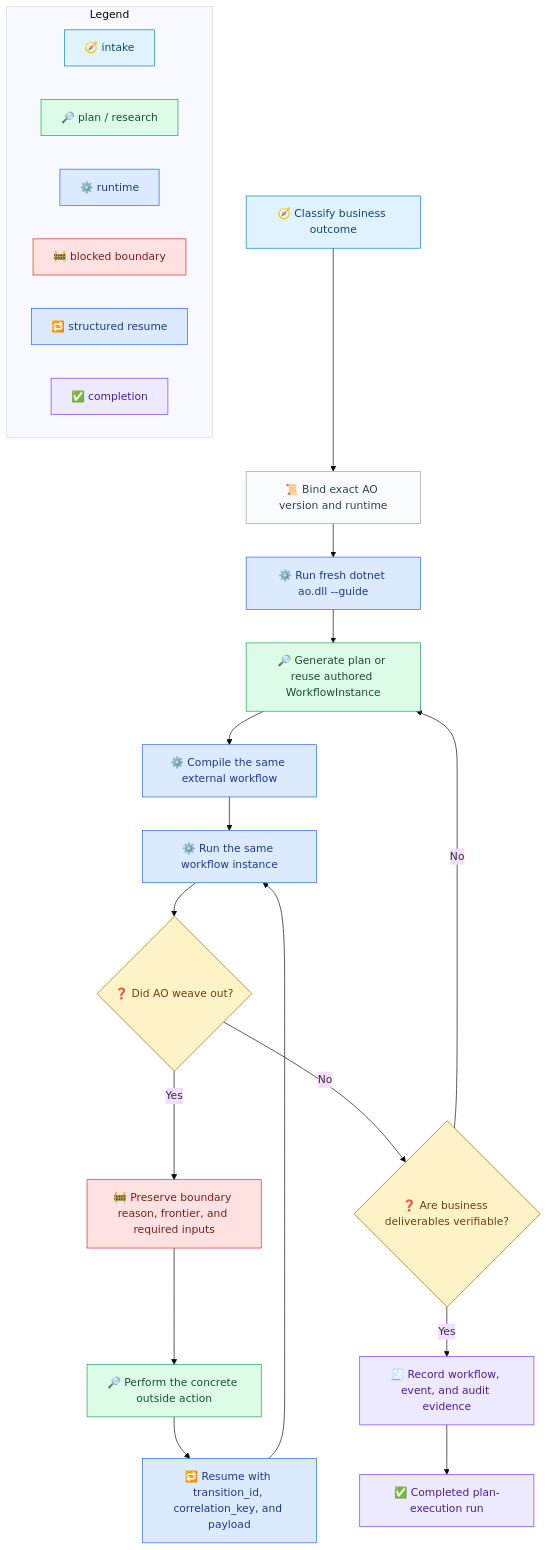
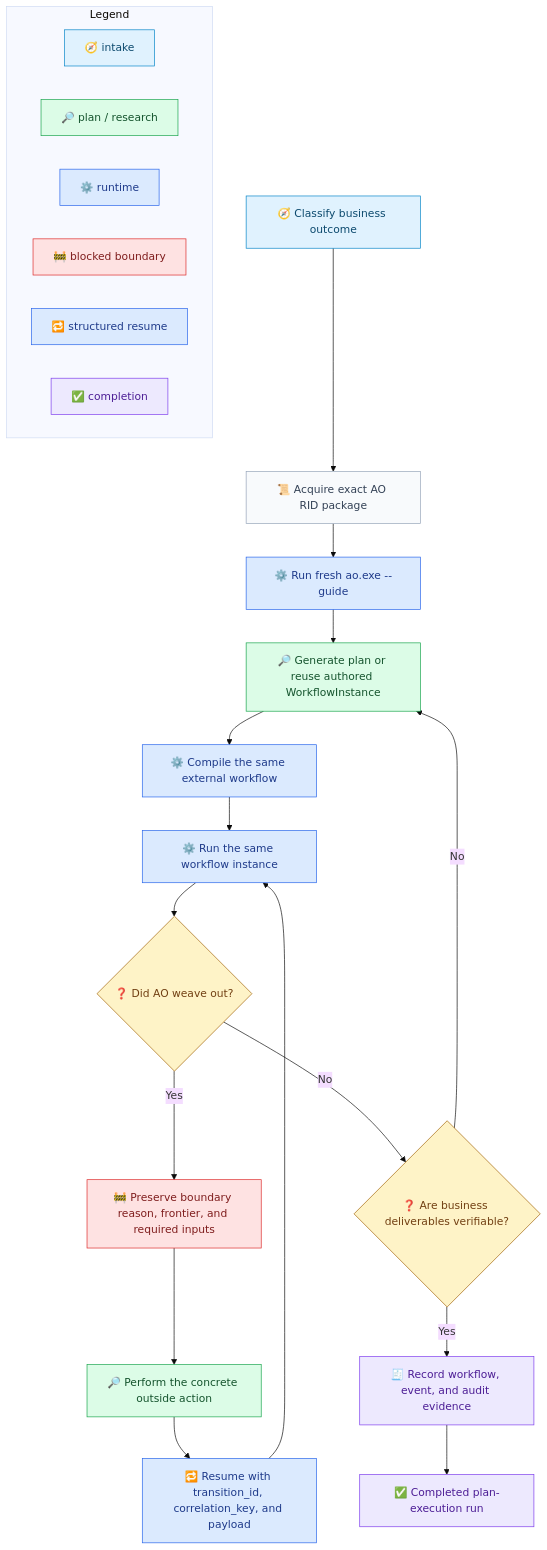
Before and after one commit to waynebaby/Techne-Loom: the diagram in docs/en/guides/ao-guide-flow.md, drawn with Mermaid (base theme). The commit also changed other lines of this file and 170 other files, not shown here.

First line of the commit message:
Migrate Loom runtimes to exact-RID apphosts / 将 Loom 运行时迁移到精确 RID apphost

````diff
--- a/docs/en/guides/ao-guide-flow.md
+++ b/docs/en/guides/ao-guide-flow.md
@@ -23,46 +23,46 @@
 ```mermaid
 flowchart TD
-    A["🧭 Classify business outcome"] --> B["📜 Bind exact AO version and runtime"]
-    B --> C["⚙️ Run fresh dotnet ao.dll --guide"]
+    A["🧭 Classify business outcome"] --> B["📜 Acquire exact AO RID package"]
+    B --> C["⚙️ Run fresh ao.exe --guide"]
     C --> D["🔎 Generate plan or reuse authored WorkflowInstance"]
     D --> E["⚙️ Compile the same external workflow"]
     E --> F["⚙️ Run the same workflow instance"]
     F --> G{"❓ Did AO weave out?"}
     G -- "Yes" --> H["🚧 Preserve boundary reason, frontier, and required inputs"]
     H --> I["🔎 Perform the concrete outside action"]
     I --> J["🔁 Resume with transition_id, correlation_key, and payload"]
     J --> F
     G -- "No" --> K{"❓ Are business deliverables verifiable?"}
     K -- "No" --> D
     K -- "Yes" --> L["🧾 Record workflow, event, and audit evidence"]
     L --> M["✅ Completed plan-execution run"]
 
     classDef intake fill:#e0f2fe,stroke:#0284c7,color:#0c4a6e;
     classDef contract fill:#f8fafc,stroke:#94a3b8,color:#334155;
     classDef research fill:#dcfce7,stroke:#16a34a,color:#14532d;
     classDef runtime fill:#dbeafe,stroke:#2563eb,color:#1e3a8a;
     classDef blocked fill:#fee2e2,stroke:#dc2626,color:#7f1d1d;
     classDef decision fill:#fef3c7,stroke:#a16207,color:#713f12;
     classDef evidence fill:#ede9fe,stroke:#7c3aed,color:#4c1d95;
     class A intake;
     class B contract;
     class D,I research;
     class C,E,F,J runtime;
     class H blocked;
     class G,K decision;
     class L,M evidence;
     subgraph legend["Legend"]
         Z1["🧭 intake"]
         Z2["🔎 plan / research"]
         Z3["⚙️ runtime"]
         Z4["🚧 blocked boundary"]
         Z5["🔁 structured resume"]
         Z6["✅ completion"]
     end
     class Z1 intake;
     class Z2 research;
     class Z3 runtime;
     class Z4 blocked;
     class Z5 runtime;
     class Z6 evidence;
 ```
````
